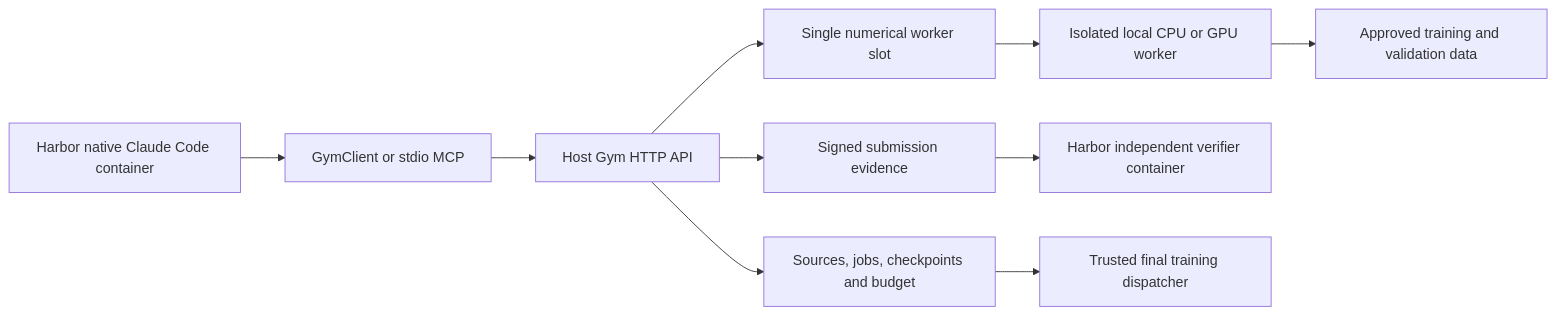
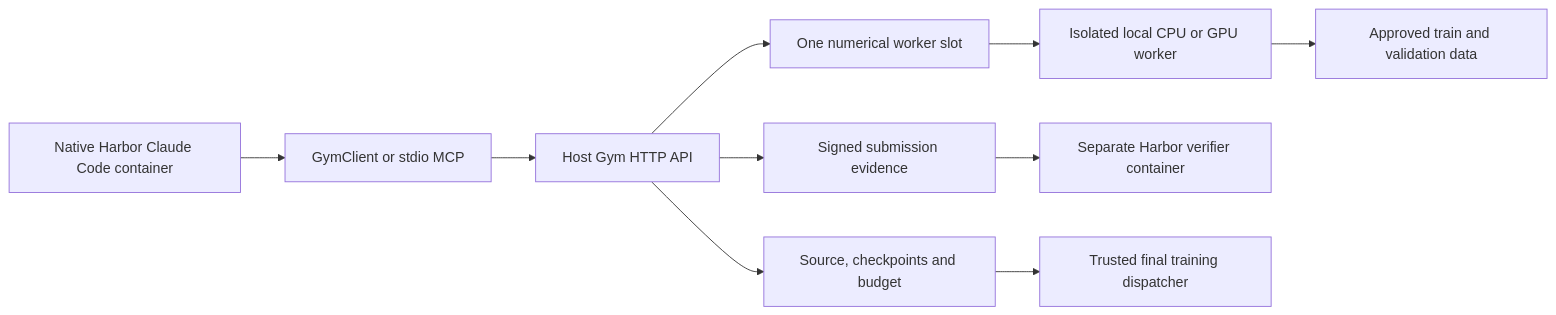
One commit to Aziily/NextTransformer changed the diagram in gym/DESIGN.md. Above: the diagram before and after it, drawn with Mermaid. The commit also changed other lines of this file and 6 other files, not shown here.

````diff
--- a/gym/DESIGN.md
+++ b/gym/DESIGN.md
@@ -10,12 +10,12 @@
 ```mermaid
 flowchart LR
-    Agent[Harbor native Claude Code container] --> Client[GymClient or stdio MCP]
+    Agent[Native Harbor Claude Code container] --> Client[GymClient or stdio MCP]
     Client --> API[Host Gym HTTP API]
-    API --> State[Sources, jobs, checkpoints and budget]
-    API --> Queue[Single numerical worker slot]
+    API --> State[Source, checkpoints and budget]
+    API --> Queue[One numerical worker slot]
     Queue --> Worker[Isolated local CPU or GPU worker]
-    Worker --> Data[Approved training and validation data]
+    Worker --> Data[Approved train and validation data]
     API --> Evidence[Signed submission evidence]
-    Evidence --> Verifier[Harbor independent verifier container]
+    Evidence --> Verifier[Separate Harbor verifier container]
     State --> Final[Trusted final training dispatcher]
 ```
````
